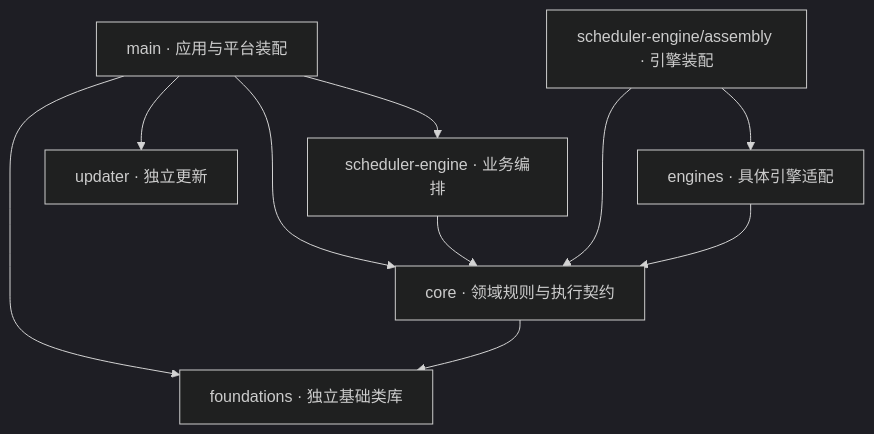
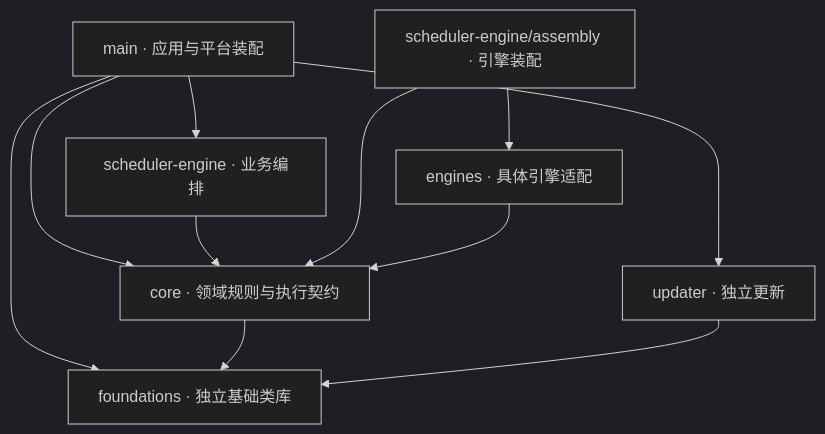
The second of 2 diagrams in src/backend/ARCHITECTURE.md (nan023062/cbim), drawn with Mermaid (dark theme) before and after one commit. The commit also changed other lines of this file and 44 other files, not shown here.

````diff
--- a/src/backend/ARCHITECTURE.md
+++ b/src/backend/ARCHITECTURE.md
@@ -75,12 +75,13 @@
 ```mermaid
 flowchart TB
   Main[main · 应用与平台装配] --> Scheduler[scheduler-engine · 业务编排]
   Main --> Core[core · 领域规则与执行契约]
   Main --> Updater[updater · 独立更新]
   Main --> Foundations[foundations · 独立基础类库]
   Core --> Foundations
+  Updater --> Foundations
   Scheduler --> Core
   Assembly[scheduler-engine/assembly · 引擎装配] --> Engines[engines · 具体引擎适配]
   Assembly --> Core
   Engines --> Core
 ```
````
